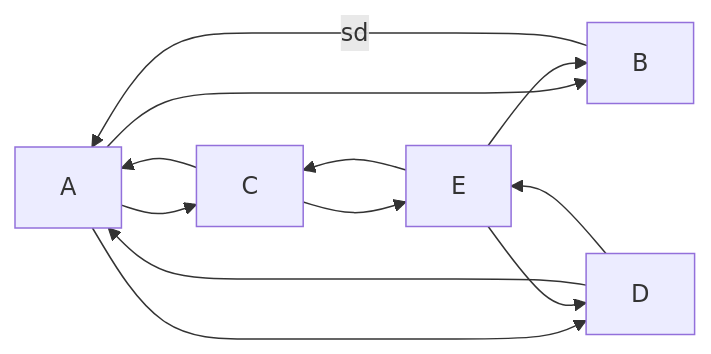
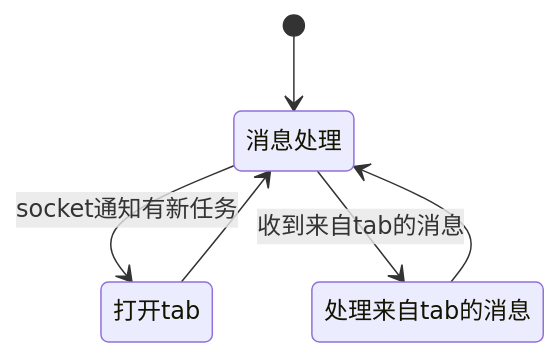
Before and after one commit to 15125505/doc: the sixth of 7 diagrams in docs/crx/flow.md, drawn with Mermaid. The commit also changed other lines of this file, not shown here.

Commit message:
修改：测试一下mermaid流程图。

````diff
--- a/docs/crx/flow.md
+++ b/docs/crx/flow.md
@@ -20,8 +140,15 @@
 ```mermaid
-graph LR;
-A--> B & C & D;
-B--> |sd| A;
-C--> A & E;
-D--> A & E;
-E--> B & C & D;
+stateDiagram
+
+
+A: 消息处理
+[*] --> A
+B: 打开tab
+A --> B : socket通知有新任务
+B --> A
+C: 处理来自tab的消息
+A --> C: 收到来自tab的消息
+C --> A
+
+
 ```
````
